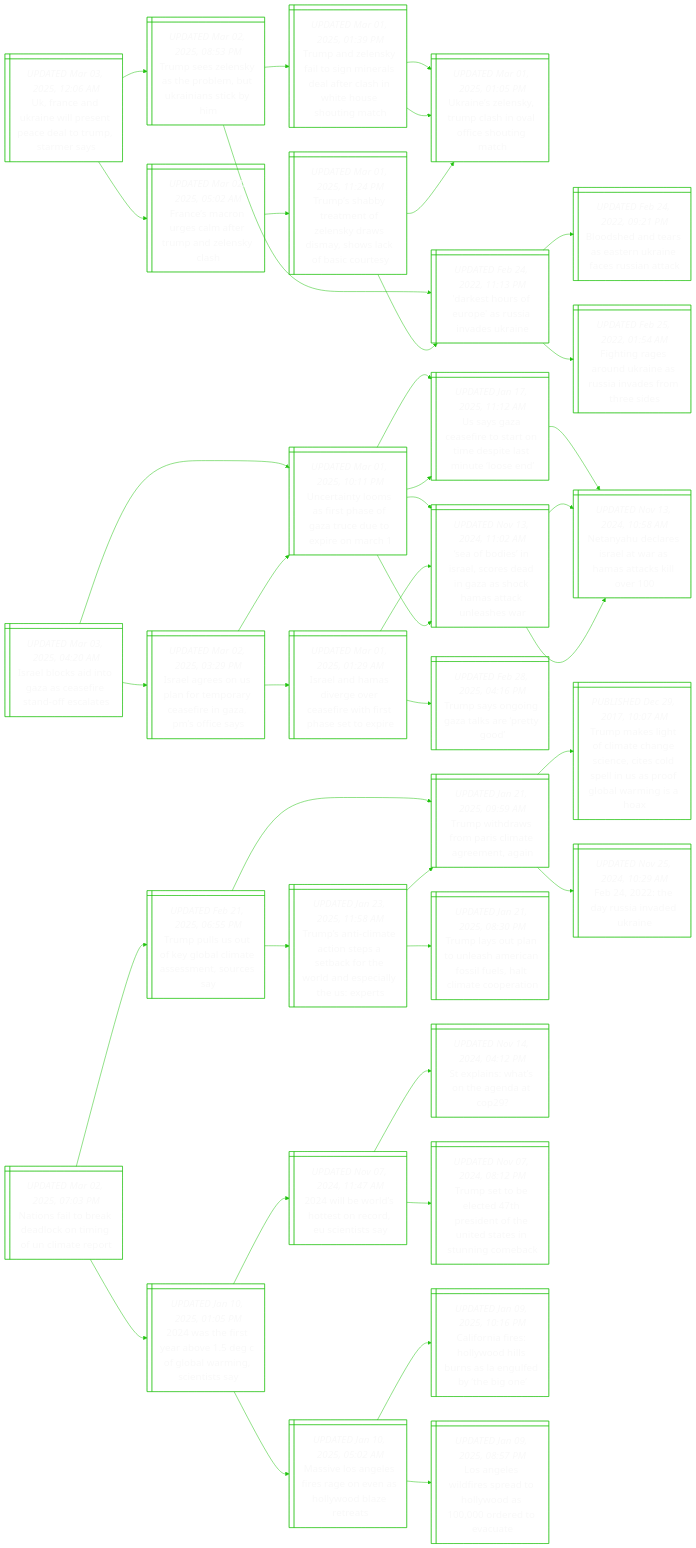
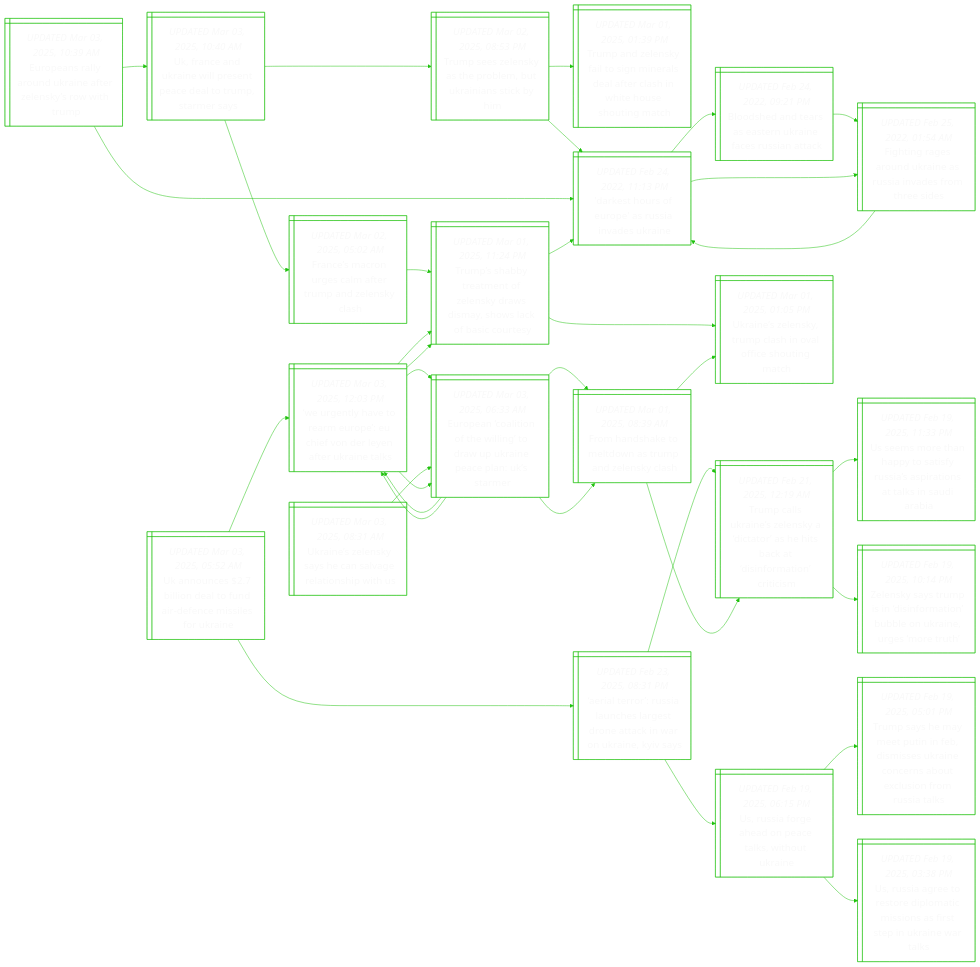
Before and after one commit to notJmes/notJmes: the diagram in README.md, drawn with Mermaid. The commit also changed other lines of this file, not shown here.

````diff
--- a/README.md
+++ b/README.md
@@ -16,24 +16,67 @@
 flowchart LR
 classDef txtsize font-size:20px;
 
-UndilseeTSes@{ shape: win-pane, label: "_UPDATED Mar 03, 2025, 12:06 AM_
+EearUneesiu@{ shape: win-pane, label: "_UPDATED Mar 03, 2025, 10:39 AM_
+Europeans rally around ukraine after zelensky’s row with trump" }
+UndilseeTSes@{ shape: win-pane, label: "_UPDATED Mar 03, 2025, 10:40 AM_
 Uk, france and ukraine will present peace deal to trump, starmer says" }
 Tsekhbuanci@{ shape: win-pane, label: "_UPDATED Mar 02, 2025, 08:53 PM_
 Trump sees zelensky as the problem, but ukrainians stick by him" }
 TalytnretaWHsit@{ shape: win-pane, label: "_UPDATED Mar 01, 2025, 01:39 PM_
 Trump and zelensky fail to sign minerals deal after clash in white house shouting match" }
-Unlyphaiogh@{ shape: win-pane, label: "_UPDATED Mar 01, 2025, 01:05 PM_
-Ukraine’s zelensky, trump clash in oval office shouting match" }
-Unlyphaiogh@{ shape: win-pane, label: "_UPDATED Mar 01, 2025, 01:05 PM_
-Ukraine’s zelensky, trump clash in oval office shouting match" }
+DsruasvUn@{ shape: win-pane, label: "_UPDATED Feb 24, 2022, 11:13 PM_
+'darkest hours of europe' as russia invades ukraine" }
+FerglemZsa@{ shape: win-pane, label: "_UPDATED Mar 02, 2025, 05:02 AM_
+France’s macron urges calm after trump and zelensky clash" }
+Tsbatlysawksuy@{ shape: win-pane, label: "_UPDATED Mar 01, 2025, 11:24 PM_
+Trump’s shabby treatment of zelensky draws dismay, shows lack of basic courtesy" }
 DsruasvUn@{ shape: win-pane, label: "_UPDATED Feb 24, 2022, 11:13 PM_
 'darkest hours of europe' as russia invades ukraine" }
 Bsnranicsak@{ shape: win-pane, label: "_UPDATED Feb 24, 2022, 09:21 PM_
 Bloodshed and tears as eastern ukraine faces russian attack" }
 Figokesnsts@{ shape: win-pane, label: "_UPDATED Feb 25, 2022, 01:54 AM_
 Fighting rages around ukraine as russia invades from three sides" }
-FerglemZsa@{ shape: win-pane, label: "_UPDATED Mar 02, 2025, 05:02 AM_
-France’s macron urges calm after trump and zelensky clash" }
+Figokesnsts@{ shape: win-pane, label: "_UPDATED Feb 25, 2022, 01:54 AM_
+Fighting rages around ukraine as russia invades from three sides" }
+DsruasvUn@{ shape: win-pane, label: "_UPDATED Feb 24, 2022, 11:13 PM_
+'darkest hours of europe' as russia invades ukraine" }
+
+EearUneesiu:::txtsize --> UndilseeTSes:::txtsize
+UndilseeTSes:::txtsize --> Tsekhbuanci:::txtsize
+Tsekhbuanci:::txtsize --> TalytnretaWHsit:::txtsize
+Tsekhbuanci:::txtsize --> DsruasvUn:::txtsize
+UndilseeTSes:::txtsize --> FerglemZsa:::txtsize
+FerglemZsa:::txtsize --> Tsbatlysawksuy:::txtsize
+EearUneesiu:::txtsize --> DsruasvUn:::txtsize
+DsruasvUn:::txtsize --> Bsnranicsak:::txtsize
+Bsnranicsak:::txtsize --> Figokesnsts:::txtsize
+DsruasvUn:::txtsize --> Figokesnsts:::txtsize
+Figokesnsts:::txtsize --> DsruasvUn:::txtsize
+
+Uosiaurnsske@{ shape: win-pane, label: "_UPDATED Mar 03, 2025, 05:52 AM_
+Uk announces $2.7 billion deal to fund air-defence missiles for ukraine" }
+Alosuseotnniis@{ shape: win-pane, label: "_UPDATED Feb 23, 2025, 08:31 PM_
+‘aerial terror’: russia launches largest drone attack in war on ukraine, kyiv says" }
+TcUnlytaicioiis@{ shape: win-pane, label: "_UPDATED Feb 21, 2025, 12:19 AM_
+Trump calls ukraine’s zelensky a ‘dictator’ as he hits back at ‘disinformation’ criticism" }
+Umehtiusrnanii@{ shape: win-pane, label: "_UPDATED Feb 19, 2025, 11:33 PM_
+Us seems more than happy to satisfy russia’s aspirations at talks in saudi arabia" }
+Zsymnnaberumr@{ shape: win-pane, label: "_UPDATED Feb 19, 2025, 10:14 PM_
+Zelensky says trump is in ‘disinformation’ bubble on ukraine, urges ‘more truth’" }
+Usreptwua@{ shape: win-pane, label: "_UPDATED Feb 19, 2025, 06:15 PM_
+Us, russia forge ahead on peace talks, without ukraine" }
+TseetFseaonulnRas@{ shape: win-pane, label: "_UPDATED Feb 19, 2025, 05:01 PM_
+Trump says he may meet putin in feb, dismisses ukraine concerns about exclusion from russia talks" }
+Usrrrlisasprwl@{ shape: win-pane, label: "_UPDATED Feb 19, 2025, 03:38 PM_
+Us, russia agree to restore diplomatic missions as first step in ukraine war talks" }
+WehomphoLaUnk@{ shape: win-pane, label: "_UPDATED Mar 03, 2025, 12:03 PM_
+‘we urgently have to rearm europe’: eu chief von der leyen after ukraine talks" }
+Eeaohlouaelsm@{ shape: win-pane, label: "_UPDATED Mar 03, 2025, 06:33 AM_
+European ‘coalition of the willing’ to draw up ukraine peace plan: uk’s starmer" }
+FaamoTalyh@{ shape: win-pane, label: "_UPDATED Mar 01, 2025, 08:39 AM_
+From handshake to meltdown as trump and zelensky clash" }
+WehomphoLaUnk@{ shape: win-pane, label: "_UPDATED Mar 03, 2025, 12:03 PM_
+‘we urgently have to rearm europe’: eu chief von der leyen after ukraine talks" }
 Tsbatlysawksuy@{ shape: win-pane, label: "_UPDATED Mar 01, 2025, 11:24 PM_
 Trump’s shabby treatment of zelensky draws dismay, shows lack of basic courtesy" }
 Unlyphaiogh@{ shape: win-pane, label: "_UPDATED Mar 01, 2025, 01:05 PM_
@@ -41,105 +84,44 @@
 DsruasvUn@{ shape: win-pane, label: "_UPDATED Feb 24, 2022, 11:13 PM_
 'darkest hours of europe' as russia invades ukraine" }
 
-UndilseeTSes:::txtsize --> Tsekhbuanci:::txtsize
-Tsekhbuanci:::txtsize --> TalytnretaWHsit:::txtsize
-TalytnretaWHsit:::txtsize --> Unlyphaiogh:::txtsize
-TalytnretaWHsit:::txtsize --> Unlyphaiogh:::txtsize
-Tsekhbuanci:::txtsize --> DsruasvUn:::txtsize
-DsruasvUn:::txtsize --> Bsnranicsak:::txtsize
-DsruasvUn:::txtsize --> Figokesnsts:::txtsize
-UndilseeTSes:::txtsize --> FerglemZsa:::txtsize
-FerglemZsa:::txtsize --> Tsbatlysawksuy:::txtsize
+Uosiaurnsske:::txtsize --> Alosuseotnniis:::txtsize
+Alosuseotnniis:::txtsize --> TcUnlytaicioiis:::txtsize
+TcUnlytaicioiis:::txtsize --> Umehtiusrnanii:::txtsize
+TcUnlytaicioiis:::txtsize --> Zsymnnaberumr:::txtsize
+Alosuseotnniis:::txtsize --> Usreptwua:::txtsize
+Usreptwua:::txtsize --> TseetFseaonulnRas:::txtsize
+Usreptwua:::txtsize --> Usrrrlisasprwl:::txtsize
+Uosiaurnsske:::txtsize --> WehomphoLaUnk:::txtsize
+WehomphoLaUnk:::txtsize --> Eeaohlouaelsm:::txtsize
+Eeaohlouaelsm:::txtsize --> FaamoTalyh:::txtsize
+Eeaohlouaelsm:::txtsize --> WehomphoLaUnk:::txtsize
+WehomphoLaUnk:::txtsize --> Tsbatlysawksuy:::txtsize
 Tsbatlysawksuy:::txtsize --> Unlyphaiogh:::txtsize
 Tsbatlysawksuy:::txtsize --> DsruasvUn:::txtsize
 
-Ilkiacftfas@{ shape: win-pane, label: "_UPDATED Mar 03, 2025, 04:20 AM_
-Israel blocks aid into gaza as ceasefire stand-off escalates" }
-UtysraGruxoc@{ shape: win-pane, label: "_UPDATED Mar 01, 2025, 10:11 PM_
-Uncertainty looms as first phase of gaza truce due to expire on march 1" }
-Uscfotmpanon@{ shape: win-pane, label: "_UPDATED Jan 17, 2025, 11:12 AM_
-Us says gaza ceasefire to start on time despite last minute ‘loose end’" }
-NyeeawHakl@{ shape: win-pane, label: "_UPDATED Nov 13, 2024, 10:58 AM_
-Netanyahu declares israel at war as hamas attacks kill over 100" }
-Sbsrcdnacaale@{ shape: win-pane, label: "_UPDATED Nov 13, 2024, 11:02 AM_
-‘sea of bodies’ in israel, scores dead in gaza as shock hamas attack unleashes war" }
-NyeeawHakl@{ shape: win-pane, label: "_UPDATED Nov 13, 2024, 10:58 AM_
-Netanyahu declares israel at war as hamas attacks kill over 100" }
-NyeeawHakl@{ shape: win-pane, label: "_UPDATED Nov 13, 2024, 10:58 AM_
-Netanyahu declares israel at war as hamas attacks kill over 100" }
-IleSfmrsezoe@{ shape: win-pane, label: "_UPDATED Mar 02, 2025, 03:29 PM_
-Israel agrees on us plan for temporary ceasefire in gaza, pm’s office says" }
-Ilaiecfiratp@{ shape: win-pane, label: "_UPDATED Mar 01, 2025, 01:29 AM_
-Israel and hamas diverge over ceasefire with first phase set to expire" }
-Sbsrcdnacaale@{ shape: win-pane, label: "_UPDATED Nov 13, 2024, 11:02 AM_
-‘sea of bodies’ in israel, scores dead in gaza as shock hamas attack unleashes war" }
-Tsngtaeo@{ shape: win-pane, label: "_UPDATED Feb 28, 2025, 04:16 PM_
-Trump says ongoing gaza talks are ‘pretty good’" }
-UtysraGruxoc@{ shape: win-pane, label: "_UPDATED Mar 01, 2025, 10:11 PM_
-Uncertainty looms as first phase of gaza truce due to expire on march 1" }
-Uscfotmpanon@{ shape: win-pane, label: "_UPDATED Jan 17, 2025, 11:12 AM_
-Us says gaza ceasefire to start on time despite last minute ‘loose end’" }
-Sbsrcdnacaale@{ shape: win-pane, label: "_UPDATED Nov 13, 2024, 11:02 AM_
-‘sea of bodies’ in israel, scores dead in gaza as shock hamas attack unleashes war" }
+Unlyhsgasi@{ shape: win-pane, label: "_UPDATED Mar 03, 2025, 08:31 AM_
+Ukraine’s zelensky says he can salvage relationship with us" }
+Eeaohlouaelsm@{ shape: win-pane, label: "_UPDATED Mar 03, 2025, 06:33 AM_
+European ‘coalition of the willing’ to draw up ukraine peace plan: uk’s starmer" }
+FaamoTalyh@{ shape: win-pane, label: "_UPDATED Mar 01, 2025, 08:39 AM_
+From handshake to meltdown as trump and zelensky clash" }
+Unlyphaiogh@{ shape: win-pane, label: "_UPDATED Mar 01, 2025, 01:05 PM_
+Ukraine’s zelensky, trump clash in oval office shouting match" }
+TcUnlytaicioiis@{ shape: win-pane, label: "_UPDATED Feb 21, 2025, 12:19 AM_
+Trump calls ukraine’s zelensky a ‘dictator’ as he hits back at ‘disinformation’ criticism" }
+WehomphoLaUnk@{ shape: win-pane, label: "_UPDATED Mar 03, 2025, 12:03 PM_
+‘we urgently have to rearm europe’: eu chief von der leyen after ukraine talks" }
+Eeaohlouaelsm@{ shape: win-pane, label: "_UPDATED Mar 03, 2025, 06:33 AM_
+European ‘coalition of the willing’ to draw up ukraine peace plan: uk’s starmer" }
+Tsbatlysawksuy@{ shape: win-pane, label: "_UPDATED Mar 01, 2025, 11:24 PM_
+Trump’s shabby treatment of zelensky draws dismay, shows lack of basic courtesy" }
 
-Ilkiacftfas:::txtsize --> UtysraGruxoc:::txtsize
-UtysraGruxoc:::txtsize --> Uscfotmpanon:::txtsize
-Uscfotmpanon:::txtsize --> NyeeawHakl:::txtsize
-UtysraGruxoc:::txtsize --> Sbsrcdnacaale:::txtsize
-Sbsrcdnacaale:::txtsize --> NyeeawHakl:::txtsize
-Sbsrcdnacaale:::txtsize --> NyeeawHakl:::txtsize
-Ilkiacftfas:::txtsize --> IleSfmrsezoe:::txtsize
-IleSfmrsezoe:::txtsize --> Ilaiecfiratp:::txtsize
-Ilaiecfiratp:::txtsize --> Sbsrcdnacaale:::txtsize
-Ilaiecfiratp:::txtsize --> Tsngtaeo:::txtsize
-IleSfmrsezoe:::txtsize --> UtysraGruxoc:::txtsize
-UtysraGruxoc:::txtsize --> Uscfotmpanon:::txtsize
-UtysraGruxoc:::txtsize --> Sbsrcdnacaale:::txtsize
-
-Nnleakmfirt@{ shape: win-pane, label: "_UPDATED Mar 02, 2025, 07:03 PM_
-Nations fail to break deadlock on timing of un climate report" }
-TpUoglaseus@{ shape: win-pane, label: "_UPDATED Feb 21, 2025, 06:55 PM_
-Trump pulls us out of key global climate assessment, sources say" }
-Twrrriamg@{ shape: win-pane, label: "_UPDATED Jan 21, 2025, 09:59 AM_
-Trump withdraws from paris climate agreement, again" }
-Tmlomhscedlaobria@{ shape: win-pane, label: "_PUBLISHED Dec 29, 2017, 10:07 AM_
-Trump makes light of climate change science, cites cold spell in us as proof global warming is a hoax" }
-Feuiea@{ shape: win-pane, label: "_UPDATED Nov 25, 2024, 10:29 AM_
-Feb 24, 2022: the day russia invaded ukraine" }
-TsctieekhleitEt@{ shape: win-pane, label: "_UPDATED Jan 23, 2025, 11:58 AM_
-Trump’s anti-climate action steps a setback for the world and especially the us: experts" }
-Twrrriamg@{ shape: win-pane, label: "_UPDATED Jan 21, 2025, 09:59 AM_
-Trump withdraws from paris climate agreement, again" }
-TlunlAcsuaicrn@{ shape: win-pane, label: "_UPDATED Jan 21, 2025, 08:30 PM_
-Trump lays out plan to unleash american fossil fuels, halt climate cooperation" }
-wetadfamcia@{ shape: win-pane, label: "_UPDATED Jan 10, 2025, 01:05 PM_
-2024 was the first year above 1.5 deg c of global warming, scientists say" }
-wedtnrcia@{ shape: win-pane, label: "_UPDATED Nov 07, 2024, 11:47 AM_
-2024 will be world’s hottest on record, eu scientists say" }
-SlWoaaP@{ shape: win-pane, label: "_UPDATED Nov 14, 2024, 04:12 PM_
-St explains: what’s on the agenda at cop29?" }
-TsbchioUdetne@{ shape: win-pane, label: "_UPDATED Nov 07, 2024, 08:12 PM_
-Trump set to be elected 47th president of the united states in stunning comeback" }
-MvAeeeeooats@{ shape: win-pane, label: "_UPDATED Jan 10, 2025, 05:02 AM_
-Massive los angeles fires rage on even as hollywood blaze retreats" }
-CofHwiusgden@{ shape: win-pane, label: "_UPDATED Jan 09, 2025, 10:16 PM_
-California fires: hollywood hills burns as la engulfed by ‘the big one’" }
-Lgwiptlddtc@{ shape: win-pane, label: "_UPDATED Jan 09, 2025, 08:57 PM_
-Los angeles wildfires spread to hollywood as 100,000 ordered to evacuate" }
-
-Nnleakmfirt:::txtsize --> TpUoglaseus:::txtsize
-TpUoglaseus:::txtsize --> Twrrriamg:::txtsize
-Twrrriamg:::txtsize --> Tmlomhscedlaobria:::txtsize
-Twrrriamg:::txtsize --> Feuiea:::txtsize
-TpUoglaseus:::txtsize --> TsctieekhleitEt:::txtsize
-TsctieekhleitEt:::txtsize --> Twrrriamg:::txtsize
-TsctieekhleitEt:::txtsize --> TlunlAcsuaicrn:::txtsize
-Nnleakmfirt:::txtsize --> wetadfamcia:::txtsize
-wetadfamcia:::txtsize --> wedtnrcia:::txtsize
-wedtnrcia:::txtsize --> SlWoaaP:::txtsize
-wedtnrcia:::txtsize --> TsbchioUdetne:::txtsize
-wetadfamcia:::txtsize --> MvAeeeeooats:::txtsize
-MvAeeeeooats:::txtsize --> CofHwiusgden:::txtsize
-MvAeeeeooats:::txtsize --> Lgwiptlddtc:::txtsize
+Unlyhsgasi:::txtsize --> Eeaohlouaelsm:::txtsize
+Eeaohlouaelsm:::txtsize --> FaamoTalyh:::txtsize
+FaamoTalyh:::txtsize --> Unlyphaiogh:::txtsize
+FaamoTalyh:::txtsize --> TcUnlytaicioiis:::txtsize
+Eeaohlouaelsm:::txtsize --> WehomphoLaUnk:::txtsize
+WehomphoLaUnk:::txtsize --> Eeaohlouaelsm:::txtsize
+WehomphoLaUnk:::txtsize --> Tsbatlysawksuy:::txtsize
 
 ```
````
